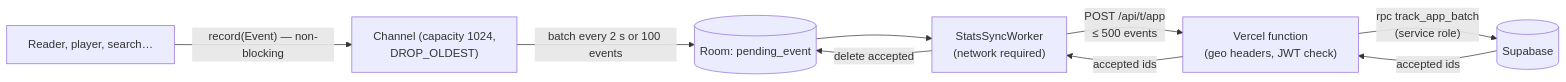
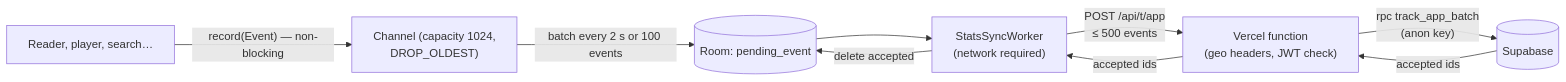
The seventh of 9 diagrams in docs/design.md (samueldotj/tamilscripture.app), drawn with Mermaid before and after one commit. The commit also changed other lines of this file and 5 other files, not shown here.

````diff
--- a/docs/design.md
+++ b/docs/design.md
@@ -923,11 +923,11 @@
 ```mermaid
 flowchart LR
   A["Reader, player, search…"] -- "record(Event) — non-blocking" --> CH["Channel (capacity 1024,\nDROP_OLDEST)"]
   CH -- "batch every 2 s or 100 events" --> DB[("Room: pending_event")]
   DB --> W["StatsSyncWorker\n(network required)"]
   W -- "POST /api/t/app\n≤ 500 events" --> V["Vercel function\n(geo headers, JWT check)"]
-  V -- "rpc track_app_batch\n(service role)" --> SB[("Supabase")]
+  V -- "rpc track_app_batch\n(anon key)" --> SB[("Supabase")]
   SB -- "accepted ids" --> V
   V -- "accepted ids" --> W
   W -- "delete accepted" --> DB
 ```
````
